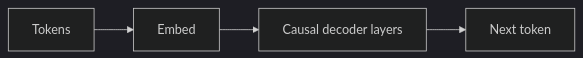
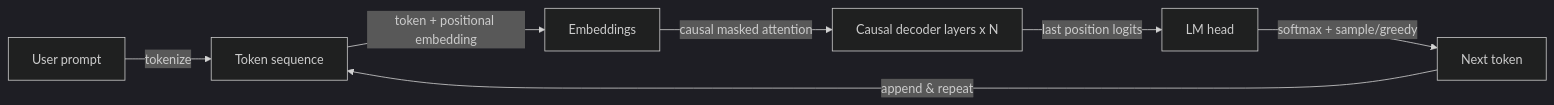
Before and after one commit to EmersonBraun/ai-summary-hub: the diagram in docs/transformers/gpt.md, drawn with Mermaid (dark theme). The commit also changed other lines of this file and 77 other files, not shown here.

````diff
--- a/docs/transformers/gpt.md
+++ b/docs/transformers/gpt.md
@@ -19,6 +21,9 @@
 ```mermaid
 flowchart LR
-  Tokens[Tokens] --> Embed[Embed]
-  Embed --> DecoderLayers["Causal decoder layers"]
-  DecoderLayers --> NextToken["Next token"]
+  Prompt[User prompt] -->|tokenize| Tokens[Token sequence]
+  Tokens -->|token + positional embedding| Embed[Embeddings]
+  Embed -->|causal masked attention| DecoderLayers[Causal decoder layers x N]
+  DecoderLayers -->|last position logits| LMHead[LM head]
+  LMHead -->|softmax + sample/greedy| NextToken[Next token]
+  NextToken -->|append & repeat| Tokens
 ```
````
